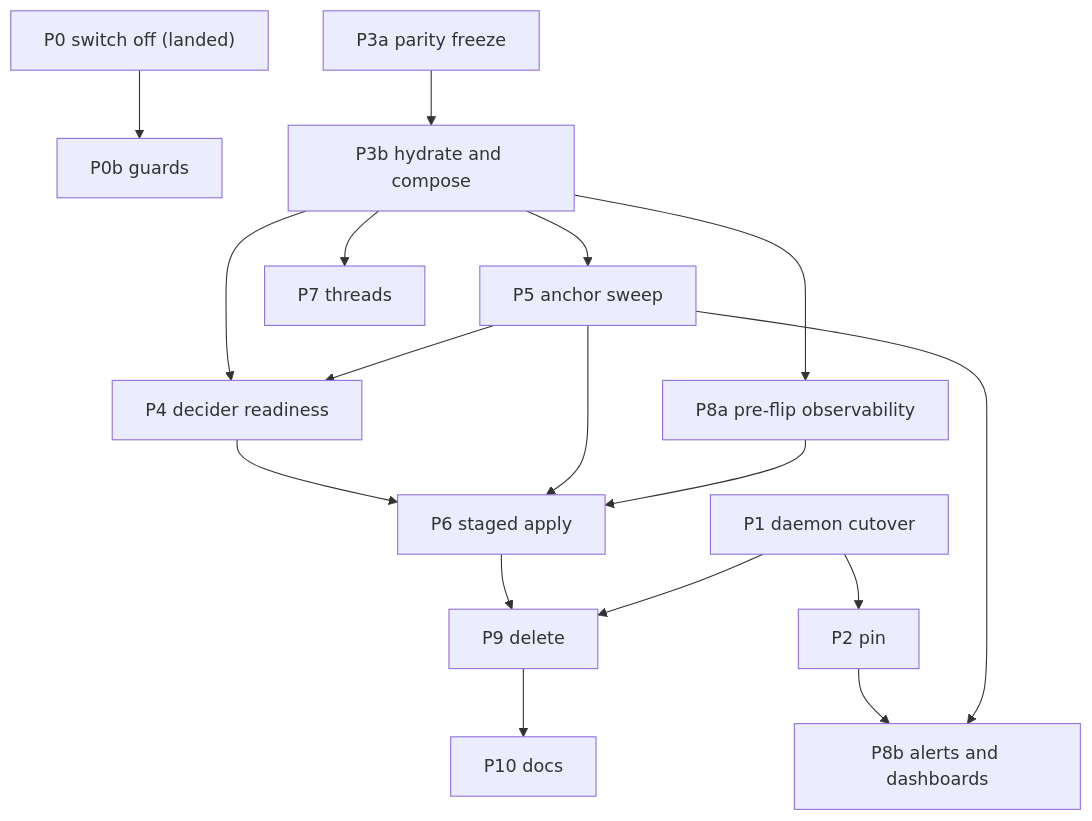
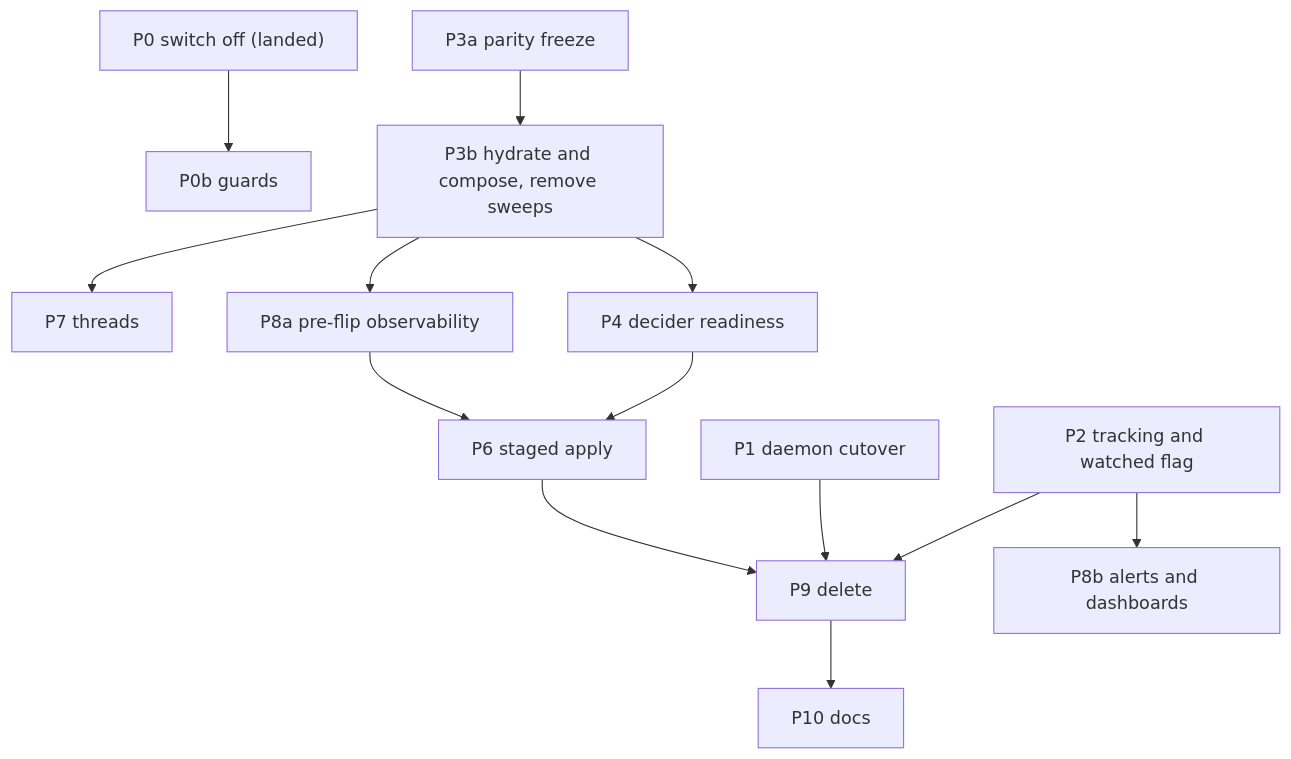
The second of 2 diagrams in docs/superpowers/specs/2026-10-20-pr-lane-refactor-design.md (phillipgreenii/nix-agent-support), drawn with Mermaid before and after one commit. The commit also changed other lines of this file, not shown here.

Commit message:
docs: PR lane refactor design v3, tracked versus watched, no reconcile (pg2-6mo45.2)

````diff
--- a/docs/superpowers/specs/2026-10-20-pr-lane-refactor-design.md
+++ b/docs/superpowers/specs/2026-10-20-pr-lane-refactor-design.md
@@ -362,19 +409,15 @@
 ```mermaid
 flowchart TD
   P0["P0 switch off (landed)"] --> P0b["P0b guards"]
-  P3a["P3a parity freeze"] --> P3b["P3b hydrate and compose"]
-  P3b --> P5["P5 anchor sweep"]
+  P3a["P3a parity freeze"] --> P3b["P3b hydrate and compose, remove sweeps"]
   P3b --> P4["P4 decider readiness"]
-  P5 --> P4
   P3b --> P8a["P8a pre-flip observability"]
   P4 --> P6["P6 staged apply"]
-  P5 --> P6
   P8a --> P6
-  P1["P1 daemon cutover"] --> P2["P2 pin"]
-  P2 --> P8b["P8b alerts and dashboards"]
-  P5 --> P8b
+  P1["P1 daemon cutover"] --> P9["P9 delete"]
+  P2["P2 tracking and watched flag"] --> P8b["P8b alerts and dashboards"]
+  P2 --> P9
+  P6 --> P9
   P3b --> P7["P7 threads"]
-  P6 --> P9["P9 delete"]
-  P1 --> P9
   P9 --> P10["P10 docs"]
 ```
````
